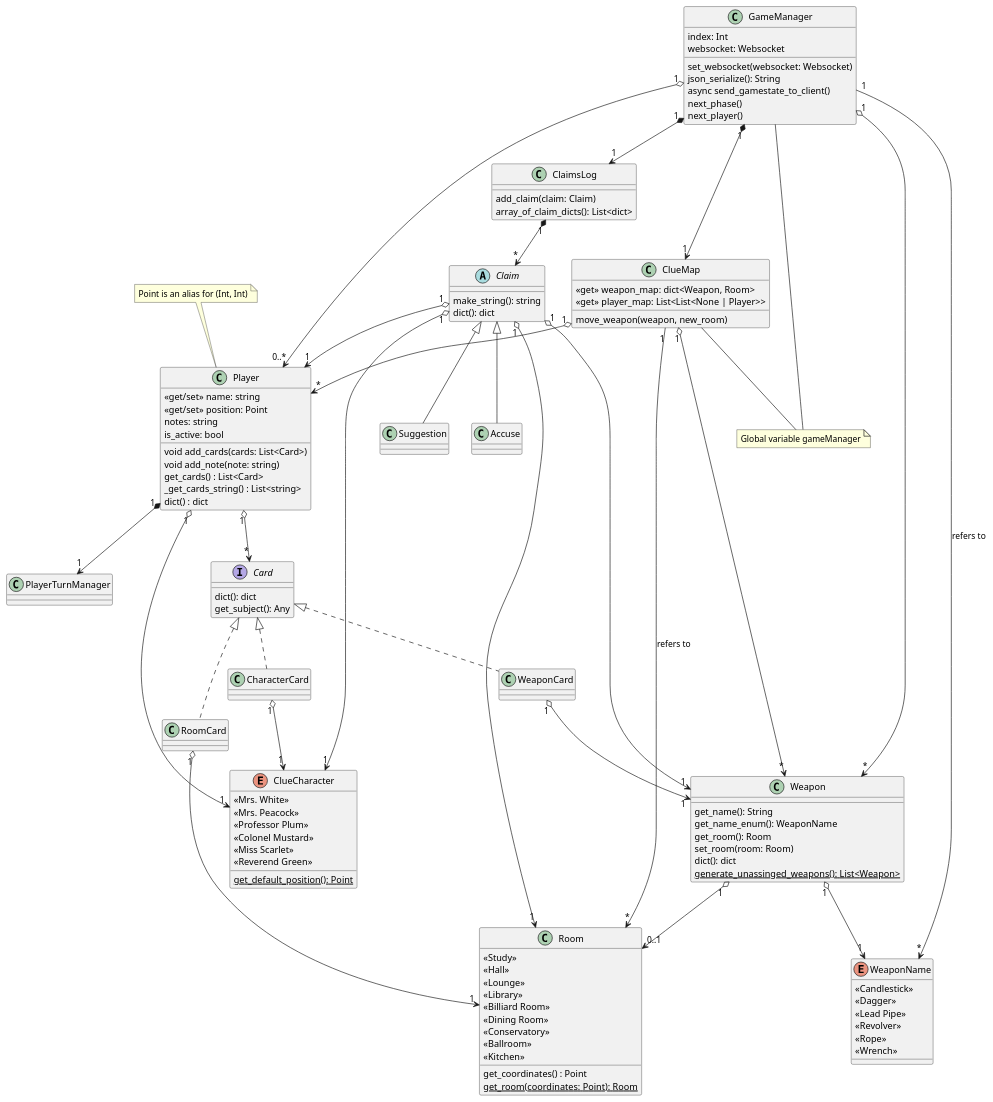
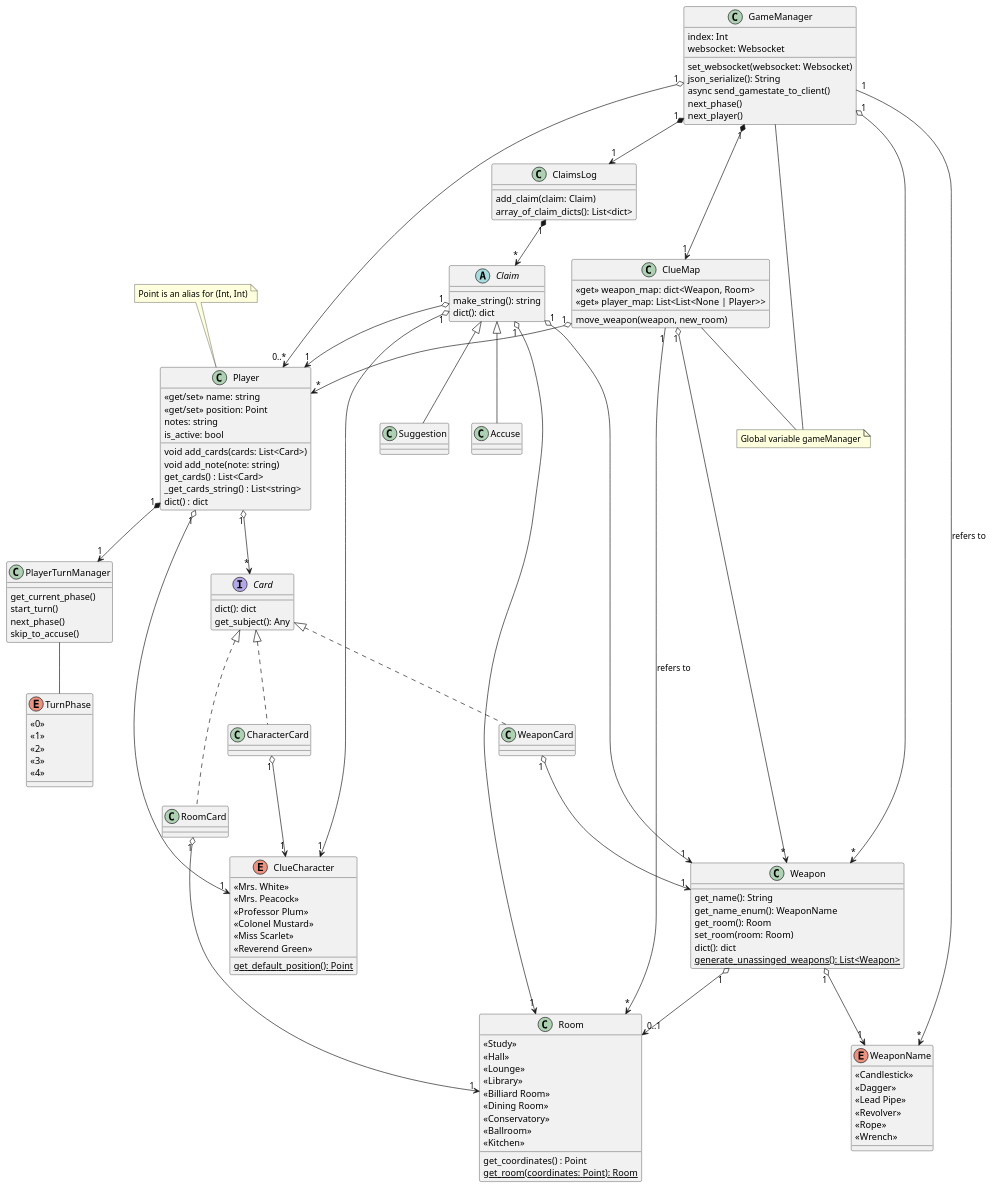
Before and after one commit to jfiorin1/clue-game-server: the diagram in clue-less.puml, drawn with PlantUML.

Commit message:
added last bit

```diff
--- a/clue-less.puml
+++ b/clue-less.puml
@@ -1,131 +1,148 @@
 @startuml
 'https://plantuml.com/class-diagram
 
 class GameManager {
     index: Int
     websocket: Websocket
     set_websocket(websocket: Websocket)
     json_serialize(): String
     async send_gamestate_to_client()
     next_phase()
     next_player()
 }
 
 GameManager "1" o--> "0..*" Player
 GameManager "1" o--> "*" Weapon
 GameManager "1" --> "*" WeaponName: refers to
 GameManager "1" *--> "1" ClaimsLog
 GameManager "1" *--> "1" ClueMap
 
 note "Point is an alias for (Int, Int)" as n
 note "Global variable gameManager" as g
 
 GameManager -- g
 
 class Player {
     <<get/set>> name: string
     <<get/set>> position: Point
     notes: string
     is_active: bool
     void add_cards(cards: List<Card>)
     void add_note(note: string)
     get_cards() : List<Card>
     _get_cards_string() : List<string>
     dict() : dict
 }
 
 Player "1" o--> "1" ClueCharacter
 Player "1" o--> "*" Card
 Player "1" *--> "1" PlayerTurnManager
 n .. Player
 
 enum ClueCharacter {
     <<Mrs. White>>
     <<Mrs. Peacock>>
     <<Professor Plum>>
     <<Colonel Mustard>>
     <<Miss Scarlet>>
     <<Reverend Green>>
     {static} get_default_position(): Point
 }
 
 class Weapon {
     get_name(): String
     get_name_enum(): WeaponName
     get_room(): Room
     set_room(room: Room)
     dict(): dict
     {static} generate_unassinged_weapons(): List<Weapon>
 }
 
 Weapon "1" o--> "1" WeaponName
 Weapon "1" o--> "0..1" Room
 
 enum WeaponName {
     <<Candlestick>>
     <<Dagger>>
     <<Lead Pipe>>
     <<Revolver>>
     <<Rope>>
     <<Wrench>>
 }
 
 class ClaimsLog {
     add_claim(claim: Claim)
     array_of_claim_dicts(): List<dict>
 }
 
 ClaimsLog "1" *--> "*" Claim
 
 abstract class Claim {
     make_string(): string
     dict(): dict
 }
 
 Claim "1" o--> "1" ClueCharacter
 Claim "1" o--> "1" Weapon
 Claim "1" o--> "1" Room
 Claim "1" o--> "1" Player
 
 class Suggestion extends Claim
 class Accuse extends Claim
 
 interface Card {
     dict(): dict
     get_subject(): Any
 }
 
 class CharacterCard implements Card
 class WeaponCard implements Card
 class RoomCard implements Card
 
 CharacterCard "1" o--> "1" ClueCharacter
 RoomCard "1" o--> "1" Room
 WeaponCard "1" o--> "1" Weapon
 
 class ClueMap {
     <<get>> weapon_map: dict<Weapon, Room>
     <<get>> player_map: List<List<None | Player>>
     move_weapon(weapon, new_room)
 }
 
 ClueMap "1" o--> "*" Weapon
 ClueMap "1" o--> "*" Player
 ClueMap "1" --> "*" Room: refers to
 ClueMap -- g
 
 class Room {
     <<Study>>
     <<Hall>>
     <<Lounge>>
     <<Library>>
     <<Billiard Room>>
     <<Dining Room>>
     <<Conservatory>>
     <<Ballroom>>
     <<Kitchen>>
     get_coordinates() : Point
     {static} get_room(coordinates: Point): Room
 }
 
+class PlayerTurnManager {
+    get_current_phase()
+    start_turn()
+    next_phase()
+    skip_to_accuse()
+}
+
+PlayerTurnManager -- TurnPhase
+
+enum TurnPhase {
+    <<0>>
+    <<1>>
+    <<2>>
+    <<3>>
+    <<4>>
+}
+
 @enduml
```
